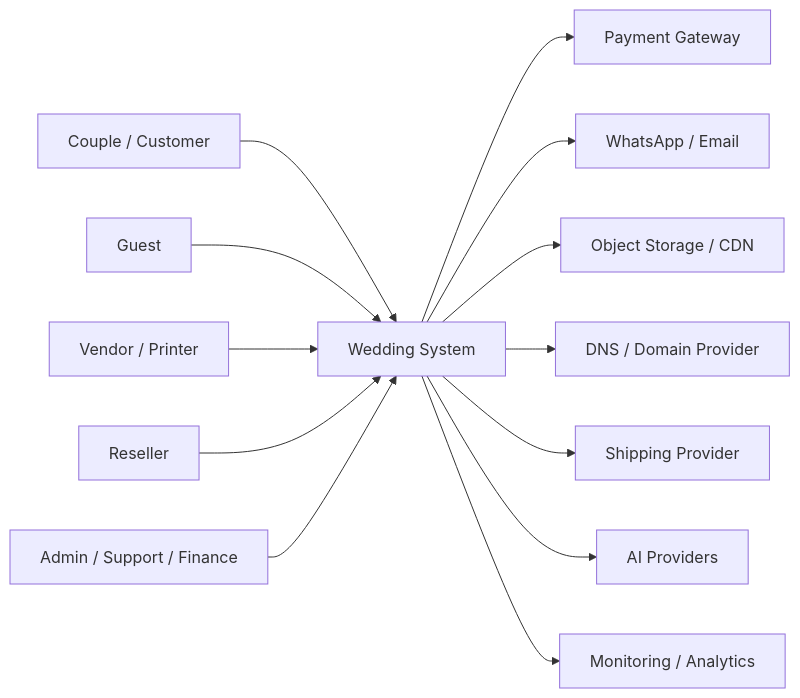
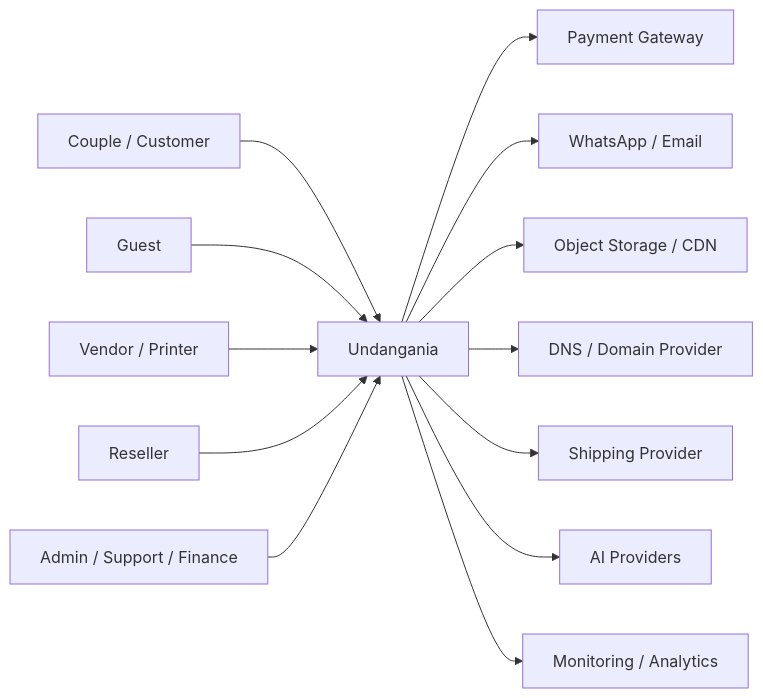
One commit to maulvi67/undangania changed the diagram in docs/architecture/system-context.md. Above: the diagram before and after it, drawn with Mermaid. The commit also changed 166 other files, not shown here.

````diff
--- a/docs/architecture/system-context.md
+++ b/docs/architecture/system-context.md
@@ -3,15 +3,15 @@
 ```mermaid
 flowchart LR
-  Couple[Couple / Customer] --> Platform[Wedding System]
+  Couple[Couple / Customer] --> Platform[Undangania]
   Guest[Guest] --> Platform
   Vendor[Vendor / Printer] --> Platform
   Reseller[Reseller] --> Platform
   Admin[Admin / Support / Finance] --> Platform
   Platform --> Pay[Payment Gateway]
   Platform --> Msg[WhatsApp / Email]
   Platform --> Store[Object Storage / CDN]
   Platform --> DNS[DNS / Domain Provider]
   Platform --> Ship[Shipping Provider]
   Platform --> AI[AI Providers]
   Platform --> Obs[Monitoring / Analytics]
 ```
````
